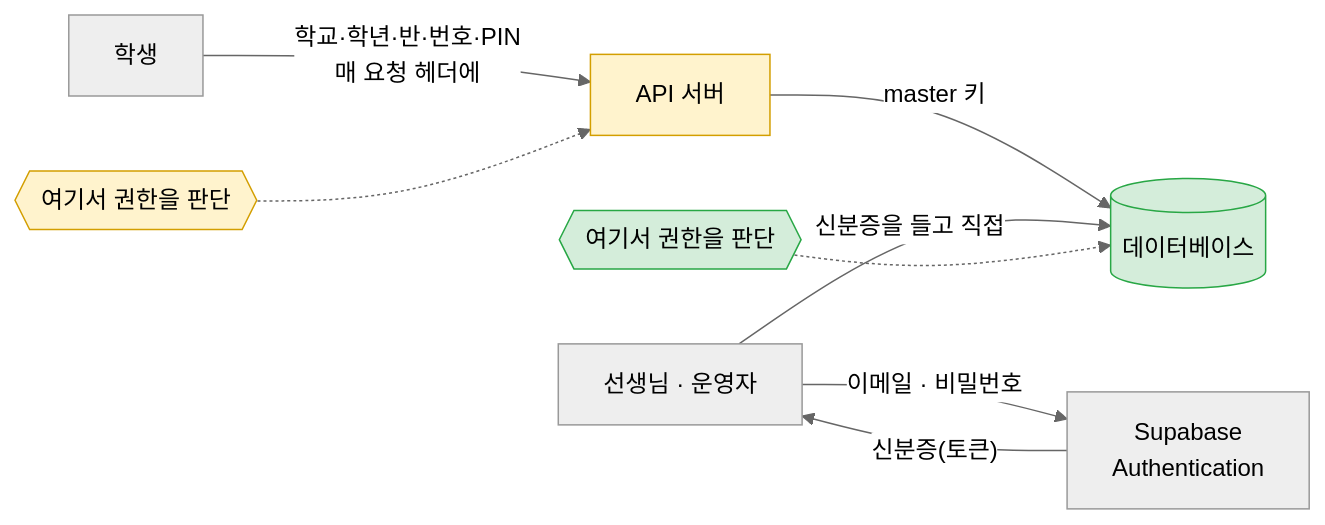
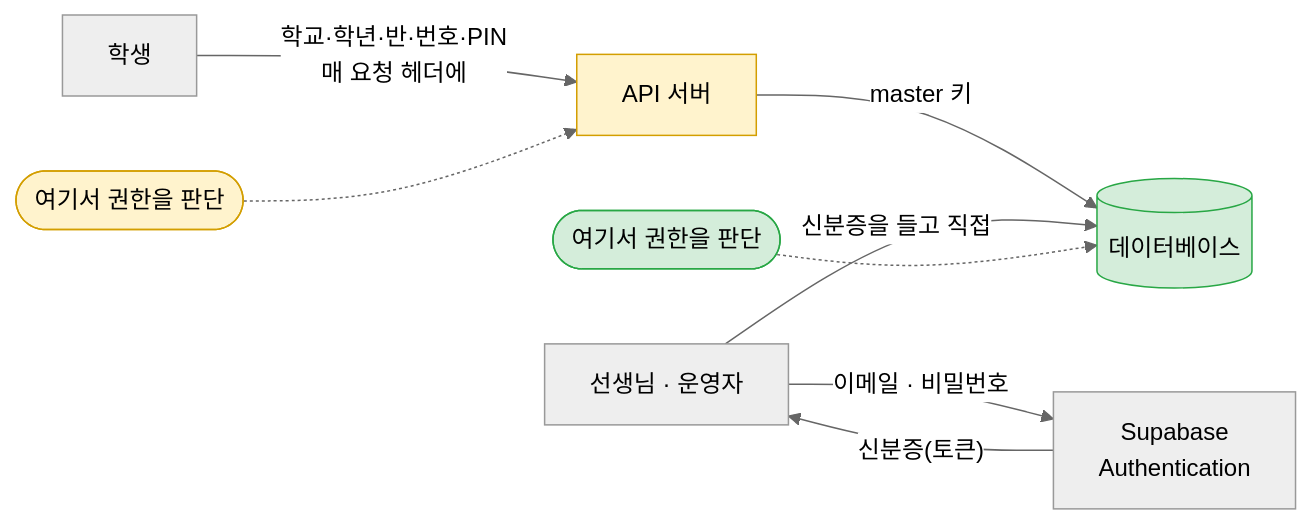
Before and after one commit to a20180424/HeartGuardiansDocs: the third of 4 diagrams in tech-stack.md, drawn with Mermaid (neutral theme). The commit also changed 1 other file, not shown here.

Commit message:
mermaid 육각형 문법을 Jekyll 이 먹어 Pages 에서만 깨지던 문제
Pages 에서만 mermaid 파싱 에러가 났다. 원인은 Liquid 였다.
Jekyll 은 .md 를 Liquid 로 먼저 처리하는데, mermaid 의 육각형 노드 문법
`{{"..."}}` 을 Liquid 변수 출력으로 해석해 괄호를 지워 버린다.

  G1{{"여기서 권한을 판단"}}  ->  G1여기서 권한을 판단   (파싱 실패)

그래서 GitHub 웹과 로컬에서는 멀쩡하고 Pages 에서만 깨졌다. `{{` 를 쓴
다이어그램이 정확히 tech-stack 과 dev-setup 둘뿐이었던 것과도 맞는다.

육각형을 Liquid 와 충돌하지 않는 모양으로 바꿨다 — tech-stack 은 ([ ]),
dev-setup 은 [[ ]]. 문서 전체에 {{ 와 {% 가 더 없는 것도 확인했다.

앞 커밋에서 run() 에 catch 를 붙인 덕분에 원인이 콘솔에 찍혀 찾을 수 있었다.

````diff
--- a/tech-stack.md
+++ b/tech-stack.md
@@ -204,16 +204,16 @@
 ```mermaid
 flowchart LR
     S["학생"] -->|"학교·학년·반·번호·PIN<br/>매 요청 헤더에"| API["API 서버"]
     API -->|"master 키"| DB[("데이터베이스")]
     T["선생님 · 운영자"] -->|"이메일 · 비밀번호"| AUTH["Supabase<br/>Authentication"]
     AUTH -->|"신분증(토큰)"| T
     T -->|"신분증을 들고 직접"| DB
 
-    G1{{"여기서 권한을 판단"}} -.-> API
-    G2{{"여기서 권한을 판단"}} -.-> DB
+    G1(["여기서 권한을 판단"]) -.-> API
+    G2(["여기서 권한을 판단"]) -.-> DB
 
     style API fill:#fff3cd,stroke:#d39e00
     style DB fill:#d4edda,stroke:#28a745
     style G1 fill:#fff3cd,stroke:#d39e00
     style G2 fill:#d4edda,stroke:#28a745
 ```
````
